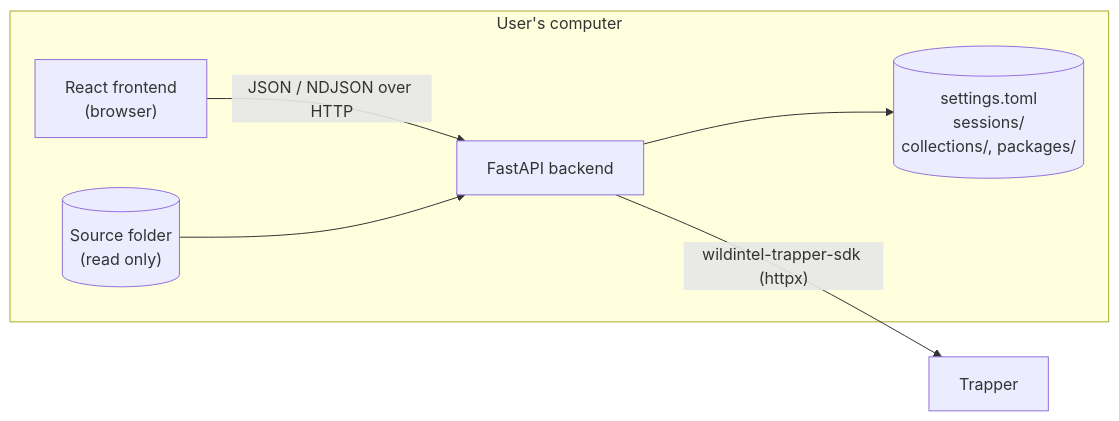
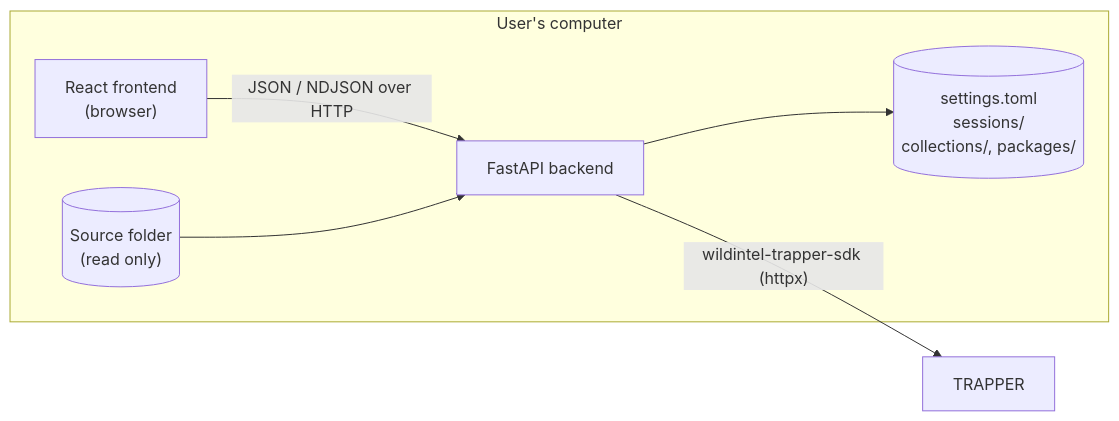
One commit to simonesantoro77/wildintel-uploader changed the diagram in docs/developer-manual.md. Above: the diagram before and after it, drawn with Mermaid. The commit also changed other lines of this file and 145 other files, not shown here.

````diff
--- a/docs/developer-manual.md
+++ b/docs/developer-manual.md
@@ -37,9 +37,9 @@
 ```mermaid
 flowchart LR
     subgraph Computer["User's computer"]
         UI["React frontend<br/>(browser)"] -- "JSON / NDJSON over HTTP" --> API["FastAPI backend"]
         API --> FS[("settings.toml<br/>sessions/<br/>collections/, packages/")]
         SRC[("Source folder<br/>(read only)")] --> API
     end
-    API -- "wildintel-trapper-sdk (httpx)" --> T["Trapper"]
+    API -- "wildintel-trapper-sdk (httpx)" --> T["TRAPPER"]
 ```
````
